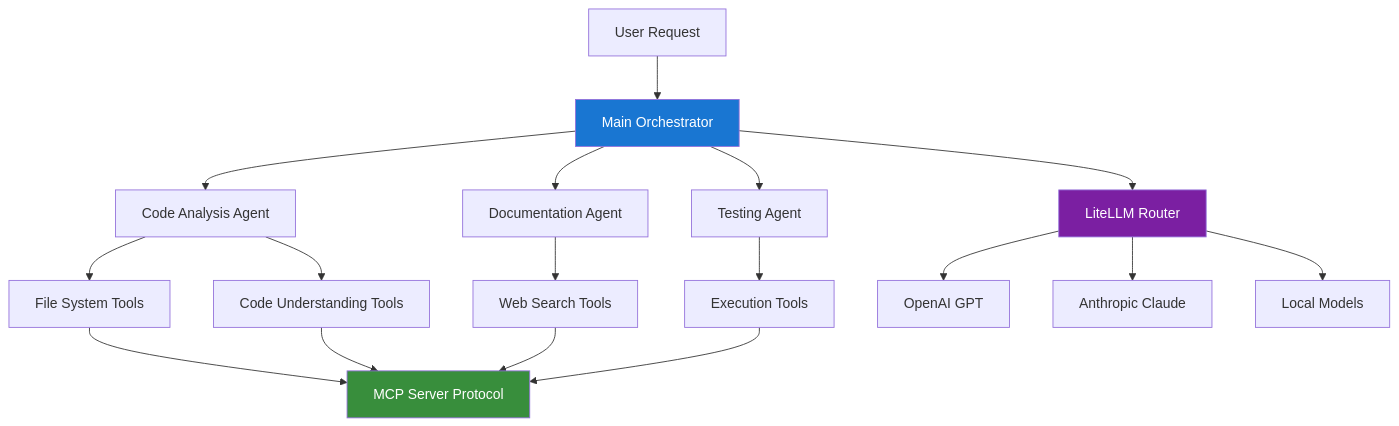
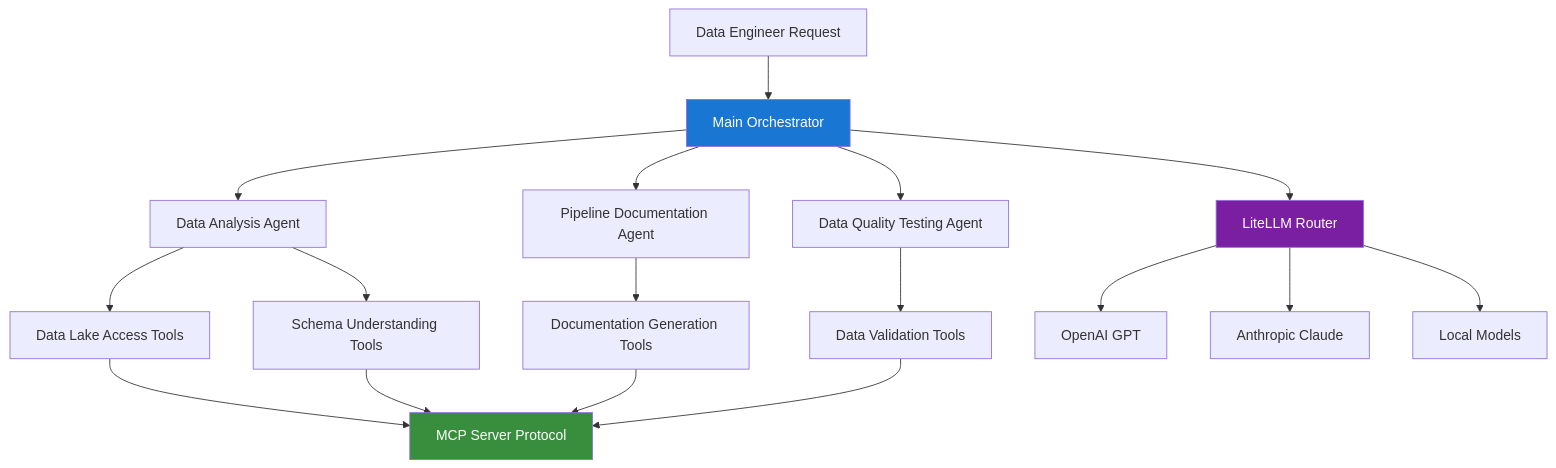
Before and after one commit to fwornle/agentic-ai-nano: the third of 15 diagrams in docs-content/01_frameworks/Session1_ModuleD_Coding_Assistant_Case_Study.md, drawn with Mermaid. The commit also changed other lines of this file and 18 other files, not shown here.

````diff
--- a/docs-content/01_frameworks/Session1_ModuleD_Coding_Assistant_Case_Study.md
+++ b/docs-content/01_frameworks/Session1_ModuleD_Coding_Assistant_Case_Study.md
@@ -166,26 +166,26 @@
 ```mermaid
 graph TD
-    U[User Request] --> O[Main Orchestrator]
-    O --> A1[Code Analysis Agent]
-    O --> A2[Documentation Agent]  
-    O --> A3[Testing Agent]
+    U[Data Engineer Request] --> O[Main Orchestrator]
+    O --> A1[Data Analysis Agent]
+    O --> A2[Pipeline Documentation Agent]  
+    O --> A3[Data Quality Testing Agent]
     
-    A1 --> T1[File System Tools]
-    A1 --> T2[Code Understanding Tools]
-    A2 --> T3[Web Search Tools]
-    A3 --> T4[Execution Tools]
+    A1 --> T1[Data Lake Access Tools]
+    A1 --> T2[Schema Understanding Tools]
+    A2 --> T3[Documentation Generation Tools]
+    A3 --> T4[Data Validation Tools]
     
     T1 --> MCP[MCP Server Protocol]
     T2 --> MCP
     T3 --> MCP
     T4 --> MCP
     
     O --> LLM[LiteLLM Router]
     LLM --> GP[OpenAI GPT]
     LLM --> CL[Anthropic Claude]
     LLM --> LO[Local Models]
     
     style O fill:#1976D2,color:#ffffff
     style LLM fill:#7B1FA2,color:#ffffff
     style MCP fill:#388E3C,color:#ffffff
 ```
````
